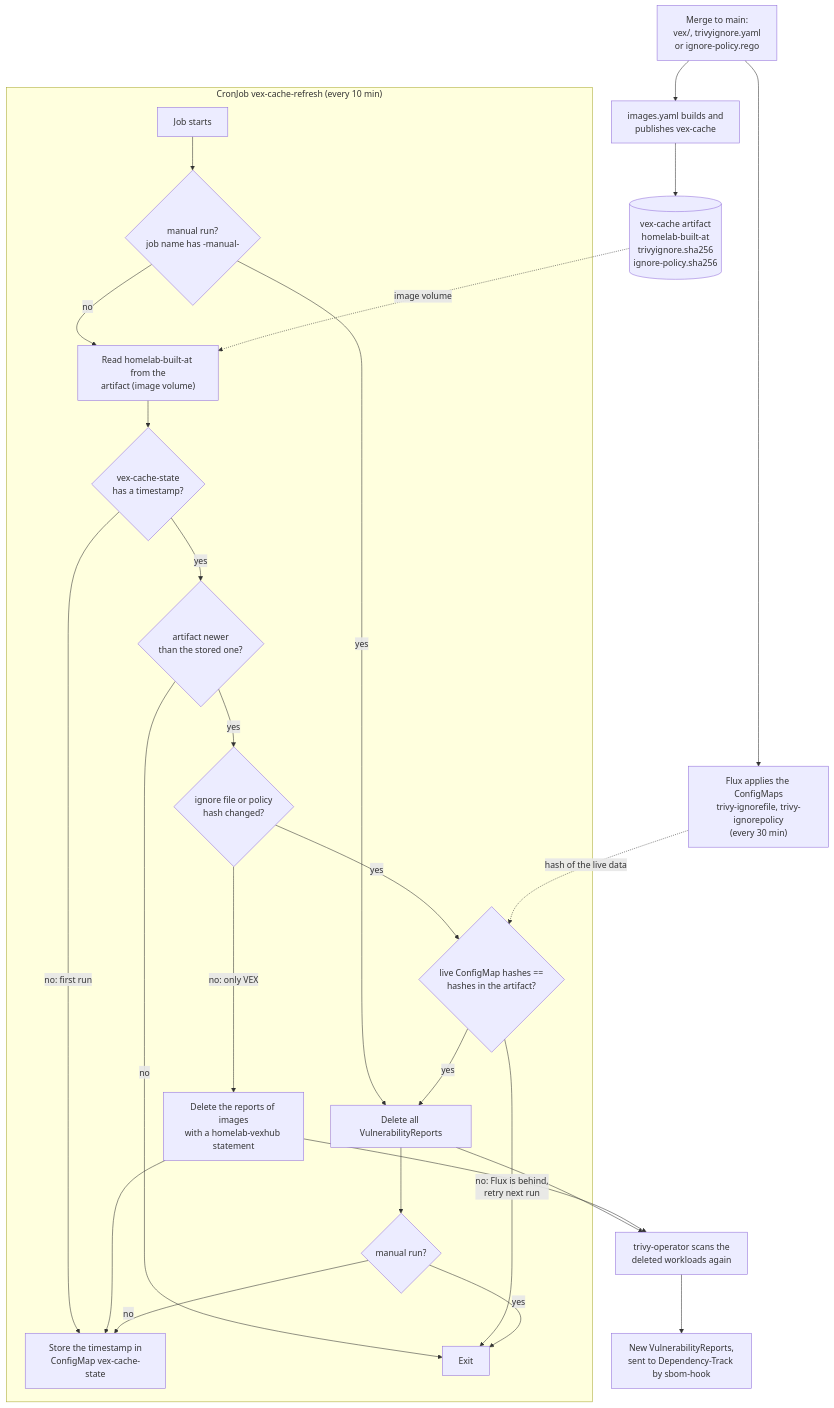
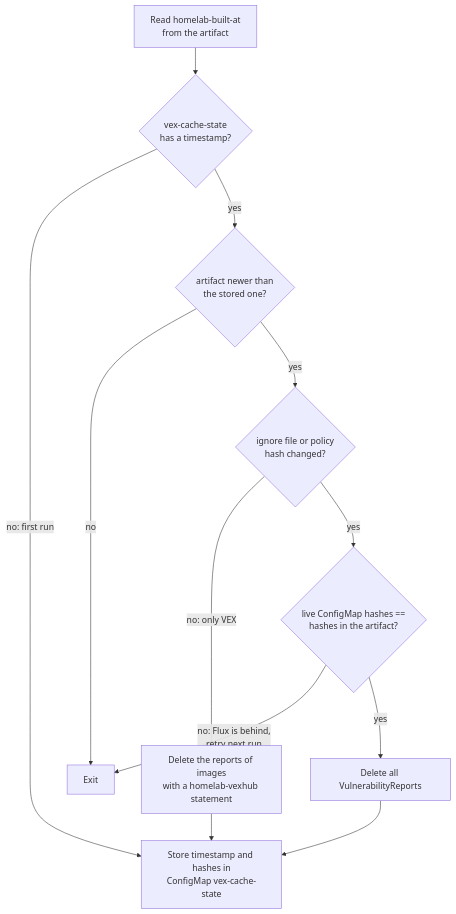
Before and after one commit to cthtrifork/talos-gitops: the second of 2 diagrams in k8s/infra/trivy-system/vex-cache-refresh/README.md, drawn with Mermaid. The commit also changed other lines of this file, not shown here.

Commit message:
docs(trivy-system): split the vex-cache-refresh diagram into overview and per-run flow

````diff
--- a/k8s/infra/trivy-system/vex-cache-refresh/README.md
+++ b/k8s/infra/trivy-system/vex-cache-refresh/README.md
@@ -8,31 +22,14 @@
 ```mermaid
 flowchart TB
-    change["Merge to main:<br/>vex/, trivyignore.yaml<br/>or ignore-policy.rego"] --> ci["images.yaml builds and<br/>publishes vex-cache"]
-    change --> flux["Flux applies the ConfigMaps<br/>trivy-ignorefile, trivy-ignorepolicy<br/>(every 30 min)"]
-    ci --> artifact[("vex-cache artifact<br/>homelab-built-at<br/>trivyignore.sha256<br/>ignore-policy.sha256")]
-
-    subgraph job["CronJob vex-cache-refresh (every 10 min)"]
-        start["Job starts"] --> manual{"manual run?<br/>job name has -manual-"}
-        manual -->|yes| delete
-        manual -->|no| read["Read homelab-built-at from the<br/>artifact (image volume)"]
-        read --> first{"vex-cache-state<br/>has a timestamp?"}
-        first -->|"no: first run"| record
-        first -->|yes| newer{"artifact newer<br/>than the stored one?"}
-        newer -->|no| done["Exit"]
-        newer -->|yes| scope{"ignore file or policy<br/>hash changed?"}
-        scope -->|yes| guard{"live ConfigMap hashes ==<br/>hashes in the artifact?"}
-        guard -->|"no: Flux is behind,<br/>retry next run"| done
-        guard -->|yes| delete["Delete all VulnerabilityReports"]
-        scope -->|"no: only VEX"| some["Delete the reports of images<br/>with a homelab-vexhub statement"]
-        some --> record
-        delete --> kind{"manual run?"}
-        kind -->|no| record["Store the timestamp in<br/>ConfigMap vex-cache-state"]
-        kind -->|yes| done
-    end
-
-    artifact -.->|"image volume"| read
-    flux -.->|"hash of the live data"| guard
-    delete --> operator["trivy-operator scans the<br/>deleted workloads again"]
-    some --> operator
-    operator --> reports["New VulnerabilityReports,<br/>sent to Dependency-Track by sbom-hook"]
+    start["Read homelab-built-at<br/>from the artifact"] --> first{"vex-cache-state<br/>has a timestamp?"}
+    first -->|"no: first run"| record
+    first -->|yes| newer{"artifact newer than<br/>the stored one?"}
+    newer -->|no| done["Exit"]
+    newer -->|yes| scope{"ignore file or policy<br/>hash changed?"}
+    scope -->|"no: only VEX"| some["Delete the reports of images<br/>with a homelab-vexhub statement"]
+    scope -->|yes| guard{"live ConfigMap hashes ==<br/>hashes in the artifact?"}
+    guard -->|"no: Flux is behind,<br/>retry next run"| done
+    guard -->|yes| all["Delete all VulnerabilityReports"]
+    some --> record["Store timestamp and hashes in<br/>ConfigMap vex-cache-state"]
+    all --> record
 ```
````
